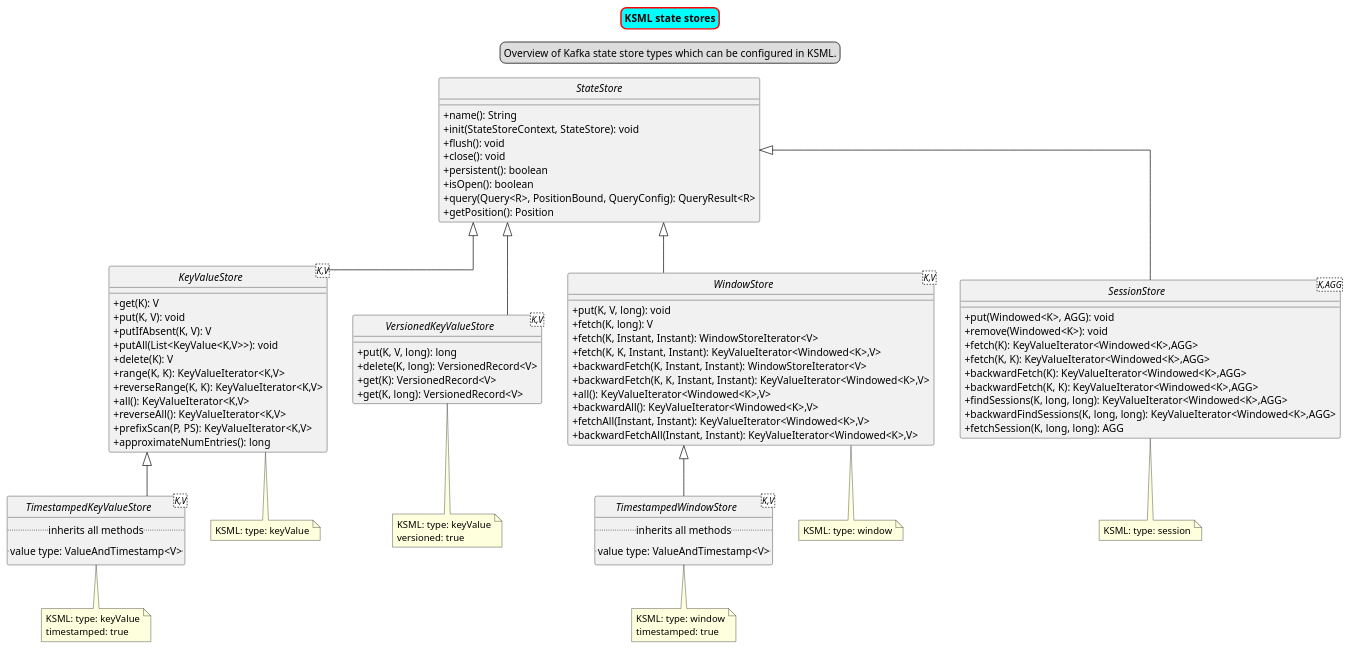
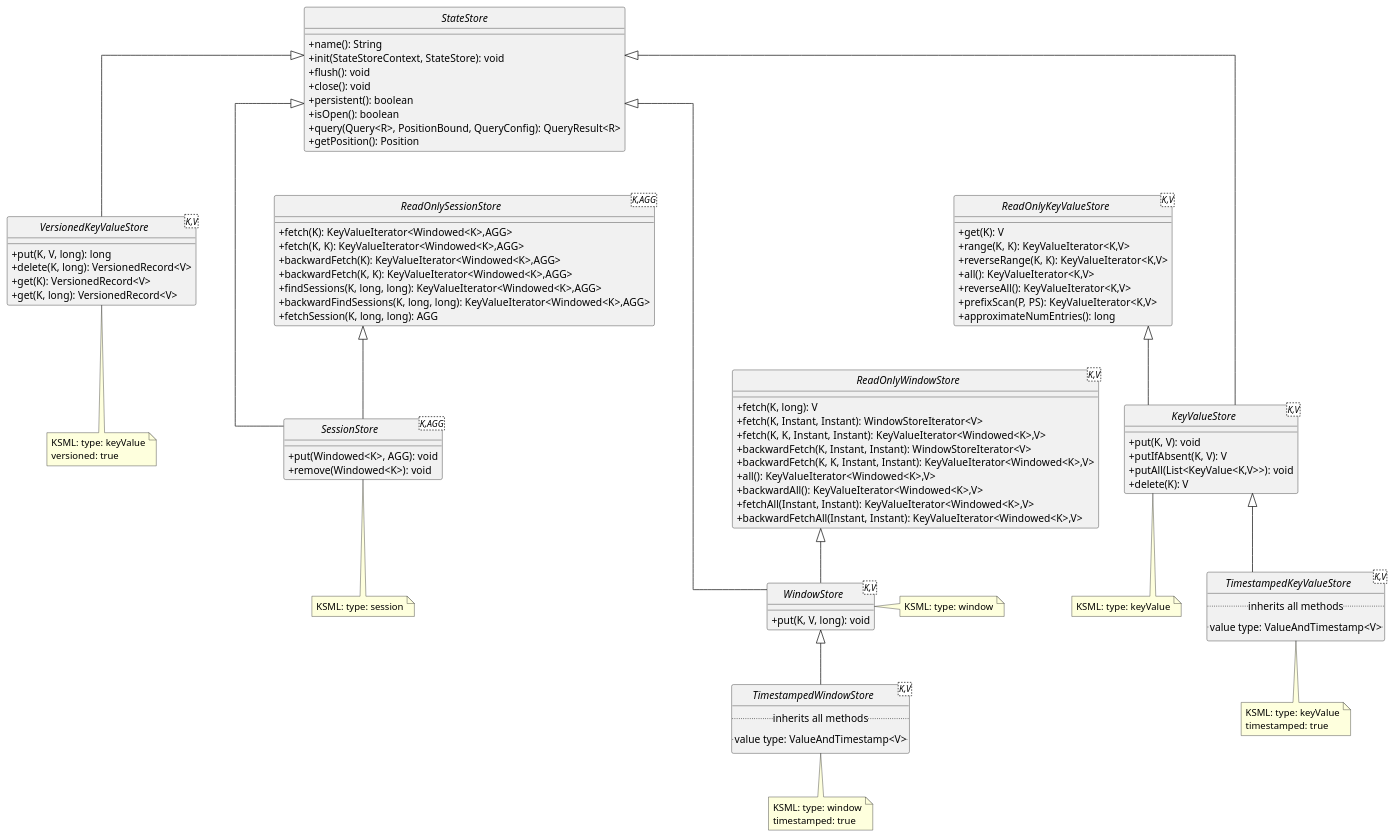
Before and after one commit to Axual/ksml: the diagram in developerdocs/ksml-statestores.puml, drawn with PlantUML.

Commit message:
change for more clarity on hierarchy

```diff
--- a/developerdocs/ksml-statestores.puml
+++ b/developerdocs/ksml-statestores.puml
@@ -2,99 +1,102 @@
-  @startuml
-  skinparam titleBorderRoundCorner 15
-  skinparam titleBorderThickness 2
-  skinparam titleBorderColor red
-  skinparam titleBackgroundColor Aqua
-  title KSML state stores
-
-  legend top center
-  Overview of Kafka state store types which can be configured in KSML.
-  endlegend
-
+@startuml
   skinparam linetype ortho
   skinparam classAttributeIconSize 0
   hide circle
 
   interface StateStore {
     +name(): String
     +init(StateStoreContext, StateStore): void
     +flush(): void
     +close(): void
     +persistent(): boolean
     +isOpen(): boolean
     +query(Query<R>, PositionBound, QueryConfig): QueryResult<R>
     +getPosition(): Position
   }
 
-  interface KeyValueStore<K,V> {
+  interface ReadOnlyKeyValueStore<K,V> {
     +get(K): V
-    +put(K, V): void
-    +putIfAbsent(K, V): V
-    +putAll(List<KeyValue<K,V>>): void
-    +delete(K): V
     +range(K, K): KeyValueIterator<K,V>
     +reverseRange(K, K): KeyValueIterator<K,V>
     +all(): KeyValueIterator<K,V>
     +reverseAll(): KeyValueIterator<K,V>
     +prefixScan(P, PS): KeyValueIterator<K,V>
     +approximateNumEntries(): long
+  }
+
+  interface KeyValueStore<K,V> {
+    +put(K, V): void
+    +putIfAbsent(K, V): V
+    +putAll(List<KeyValue<K,V>>): void
+    +delete(K): V
   }
 
   interface TimestampedKeyValueStore<K,V> {
     .. inherits all methods ..
     .. value type: ValueAndTimestamp<V> ..
   }
 
   interface VersionedKeyValueStore<K,V> {
     +put(K, V, long): long
     +delete(K, long): VersionedRecord<V>
     +get(K): VersionedRecord<V>
     +get(K, long): VersionedRecord<V>
   }
 
-  interface WindowStore<K,V> {
-    +put(K, V, long): void
+  interface ReadOnlyWindowStore<K,V> {
     +fetch(K, long): V
     +fetch(K, Instant, Instant): WindowStoreIterator<V>
     +fetch(K, K, Instant, Instant): KeyValueIterator<Windowed<K>,V>
     +backwardFetch(K, Instant, Instant): WindowStoreIterator<V>
     +backwardFetch(K, K, Instant, Instant): KeyValueIterator<Windowed<K>,V>
     +all(): KeyValueIterator<Windowed<K>,V>
     +backwardAll(): KeyValueIterator<Windowed<K>,V>
     +fetchAll(Instant, Instant): KeyValueIterator<Windowed<K>,V>
     +backwardFetchAll(Instant, Instant): KeyValueIterator<Windowed<K>,V>
   }
 
+  interface WindowStore<K,V> {
+    +put(K, V, long): void
+  }
+
   interface TimestampedWindowStore<K,V> {
     .. inherits all methods ..
     .. value type: ValueAndTimestamp<V> ..
   }
 
-  interface SessionStore<K,AGG> {
-    +put(Windowed<K>, AGG): void
-    +remove(Windowed<K>): void
+  interface ReadOnlySessionStore<K,AGG> {
     +fetch(K): KeyValueIterator<Windowed<K>,AGG>
     +fetch(K, K): KeyValueIterator<Windowed<K>,AGG>
     +backwardFetch(K): KeyValueIterator<Windowed<K>,AGG>
     +backwardFetch(K, K): KeyValueIterator<Windowed<K>,AGG>
     +findSessions(K, long, long): KeyValueIterator<Windowed<K>,AGG>
     +backwardFindSessions(K, long, long): KeyValueIterator<Windowed<K>,AGG>
     +fetchSession(K, long, long): AGG
   }
 
+  interface SessionStore<K,AGG> {
+    +put(Windowed<K>, AGG): void
+    +remove(Windowed<K>): void
+  }
+
   ' Inheritance relationships
-  StateStore <|-- KeyValueStore
+  StateStore <|--- KeyValueStore
+  ReadOnlyKeyValueStore <|-- KeyValueStore
   StateStore <|-- VersionedKeyValueStore
-  StateStore <|-- WindowStore
-  StateStore <|-- SessionStore
+  KeyValueStore <|-- TimestampedKeyValueStore
 
-  KeyValueStore <|-- TimestampedKeyValueStore
+  StateStore <|---- WindowStore
+  ReadOnlyWindowStore <|-- WindowStore
   WindowStore <|-- TimestampedWindowStore
+
+  StateStore <|--- SessionStore
+  ReadOnlySessionStore <|-- SessionStore
 
   note bottom of KeyValueStore : KSML: type: keyValue
   note bottom of TimestampedKeyValueStore : KSML: type: keyValue\ntimestamped: true
   note bottom of VersionedKeyValueStore : KSML: type: keyValue\nversioned: true
-  note bottom of WindowStore : KSML: type: window
+  note right of WindowStore : KSML: type: window
   note bottom of TimestampedWindowStore : KSML: type: window\ntimestamped: true
   note bottom of SessionStore : KSML: type: session
 
   @enduml
```
